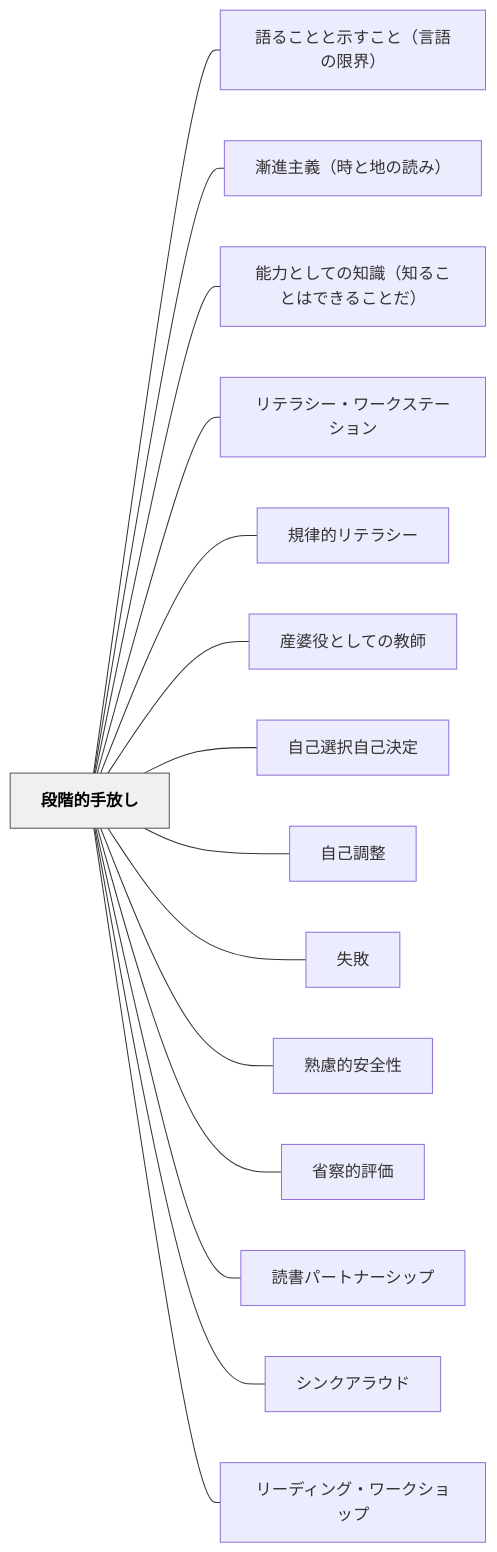
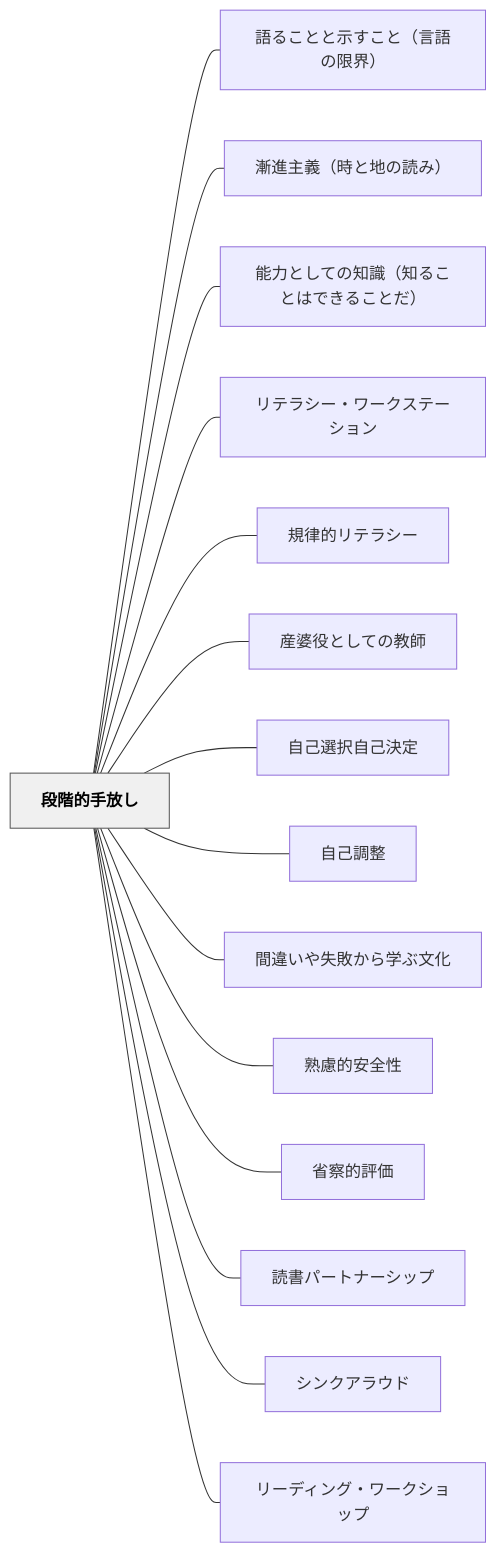
The diagram in content/パタン/段階的手放し.md (unknownthings-ed-patterns/unknownthings-ed-patterns), drawn with Mermaid before and after one commit. The commit also changed other lines of this file and 32 other files, not shown here.

````diff
--- a/content/パタン/段階的手放し.md
+++ b/content/パタン/段階的手放し.md
@@ -298,36 +298,36 @@
 ```mermaid
 flowchart LR
     ne6aeb5e99a8ee79a84e6898be694bee38197["段階的手放し"]
     ne8aa9ee3828be38193e381a8e381a8e7a4bae38199e38193e381a8efbc88e8a880e8aa9ee381aee99990e7958cefbc89["語ることと示すこと（言語の限界）"]
     ne6bcb8e980b2e4b8bbe7bea9efbc88e69982e381a8e59cb0e381aee8aaade381bfefbc89["漸進主義（時と地の読み）"]
     ne883bde58a9be381a8e38197e381a6e381aee79fa5e8ad98efbc88e79fa5e3828be38193e381a8e381afe381a7e3818de3828be38193e381a8e381a0efbc89["能力としての知識（知ることはできることだ）"]
     ne383aae38386e383a9e382b7e383bce383bbe383afe383bce382afe382b9e38386e383bce382b7e383a7e383b3["リテラシー・ワークステーション"]
     ne8a68fe5be8be79a84e383aae38386e383a9e382b7e383bc["規律的リテラシー"]
     ne794a3e5a986e5bdb9e381a8e38197e381a6e381aee69599e5b8ab["産婆役としての教師"]
     ne887aae5b7b1e981b8e68a9ee887aae5b7b1e6b1bae5ae9a["自己選択自己決定"]
     ne887aae5b7b1e8aabfe695b4["自己調整"]
-    ne5a4b1e69597["失敗"]
+    ne99693e98195e38184e38284e5a4b1e69597e3818be38289e5ada6e381b6e69687e58c96["間違いや失敗から学ぶ文化"]
     ne7869fe685aee79a84e5ae89e585a8e680a7["熟慮的安全性"]
     ne79c81e5af9fe79a84e8a995e4bea1["省察的評価"]
     ne8aaade69bb8e38391e383bce38388e3838ae383bce382b7e38383e38397["読書パートナーシップ"]
     ne382b7e383b3e382afe382a2e383a9e382a6e38389["シンクアラウド"]
     ne383aae383bce38387e382a3e383b3e382b0e383bbe383afe383bce382afe382b7e383a7e38383e38397["リーディング・ワークショップ"]
 
     ne6aeb5e99a8ee79a84e6898be694bee38197 --- ne8aa9ee3828be38193e381a8e381a8e7a4bae38199e38193e381a8efbc88e8a880e8aa9ee381aee99990e7958cefbc89
     ne6aeb5e99a8ee79a84e6898be694bee38197 --- ne6bcb8e980b2e4b8bbe7bea9efbc88e69982e381a8e59cb0e381aee8aaade381bfefbc89
     ne6aeb5e99a8ee79a84e6898be694bee38197 --- ne883bde58a9be381a8e38197e381a6e381aee79fa5e8ad98efbc88e79fa5e3828be38193e381a8e381afe381a7e3818de3828be38193e381a8e381a0efbc89
     ne6aeb5e99a8ee79a84e6898be694bee38197 --- ne383aae38386e383a9e382b7e383bce383bbe383afe383bce382afe382b9e38386e383bce382b7e383a7e383b3
     ne6aeb5e99a8ee79a84e6898be694bee38197 --- ne8a68fe5be8be79a84e383aae38386e383a9e382b7e383bc
     ne6aeb5e99a8ee79a84e6898be694bee38197 --- ne794a3e5a986e5bdb9e381a8e38197e381a6e381aee69599e5b8ab
     ne6aeb5e99a8ee79a84e6898be694bee38197 --- ne887aae5b7b1e981b8e68a9ee887aae5b7b1e6b1bae5ae9a
     ne6aeb5e99a8ee79a84e6898be694bee38197 --- ne887aae5b7b1e8aabfe695b4
-    ne6aeb5e99a8ee79a84e6898be694bee38197 --- ne5a4b1e69597
+    ne6aeb5e99a8ee79a84e6898be694bee38197 --- ne99693e98195e38184e38284e5a4b1e69597e3818be38289e5ada6e381b6e69687e58c96
     ne6aeb5e99a8ee79a84e6898be694bee38197 --- ne7869fe685aee79a84e5ae89e585a8e680a7
     ne6aeb5e99a8ee79a84e6898be694bee38197 --- ne79c81e5af9fe79a84e8a995e4bea1
     ne6aeb5e99a8ee79a84e6898be694bee38197 --- ne8aaade69bb8e38391e383bce38388e3838ae383bce382b7e38383e38397
     ne6aeb5e99a8ee79a84e6898be694bee38197 --- ne382b7e383b3e382afe382a2e383a9e382a6e38389
     ne6aeb5e99a8ee79a84e6898be694bee38197 --- ne383aae383bce38387e382a3e383b3e382b0e383bbe383afe383bce382afe382b7e383a7e38383e38397
 
     classDef hub fill:#f0f0f0,stroke:#555,color:#000,font-weight:bold
     class ne6aeb5e99a8ee79a84e6898be694bee38197 hub
 ```
````
